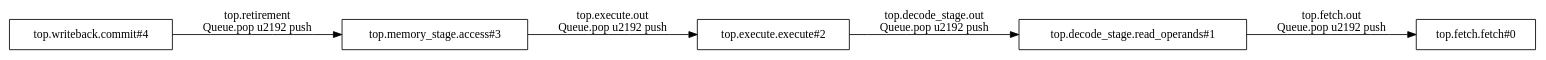
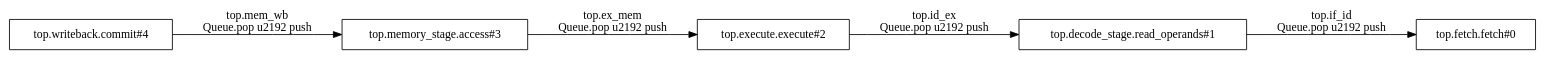
One commit to PTO-ISA/pyCircuit changed the diagram in pycircuit/builds/riscv_pipeline/rule-graph.dot. Above: the diagram before and after it, drawn with Graphviz. The commit also changed 64 other files, not shown here.

```diff
--- a/pycircuit/builds/riscv_pipeline/rule-graph.dot
+++ b/pycircuit/builds/riscv_pipeline/rule-graph.dot
@@ -1,13 +1,13 @@
 digraph Transactions {
   rankdir=LR;
   node [shape=box];
   t0 [label="top.fetch.fetch#0"];
   t1 [label="top.decode_stage.read_operands#1"];
   t2 [label="top.execute.execute#2"];
   t3 [label="top.memory_stage.access#3"];
   t4 [label="top.writeback.commit#4"];
-  t2 -> t1 [label="top.decode_stage.out\nQueue.pop \u2192 push"];
-  t3 -> t2 [label="top.execute.out\nQueue.pop \u2192 push"];
-  t1 -> t0 [label="top.fetch.out\nQueue.pop \u2192 push"];
-  t4 -> t3 [label="top.retirement\nQueue.pop \u2192 push"];
+  t3 -> t2 [label="top.ex_mem\nQueue.pop \u2192 push"];
+  t2 -> t1 [label="top.id_ex\nQueue.pop \u2192 push"];
+  t1 -> t0 [label="top.if_id\nQueue.pop \u2192 push"];
+  t4 -> t3 [label="top.mem_wb\nQueue.pop \u2192 push"];
 }
```
